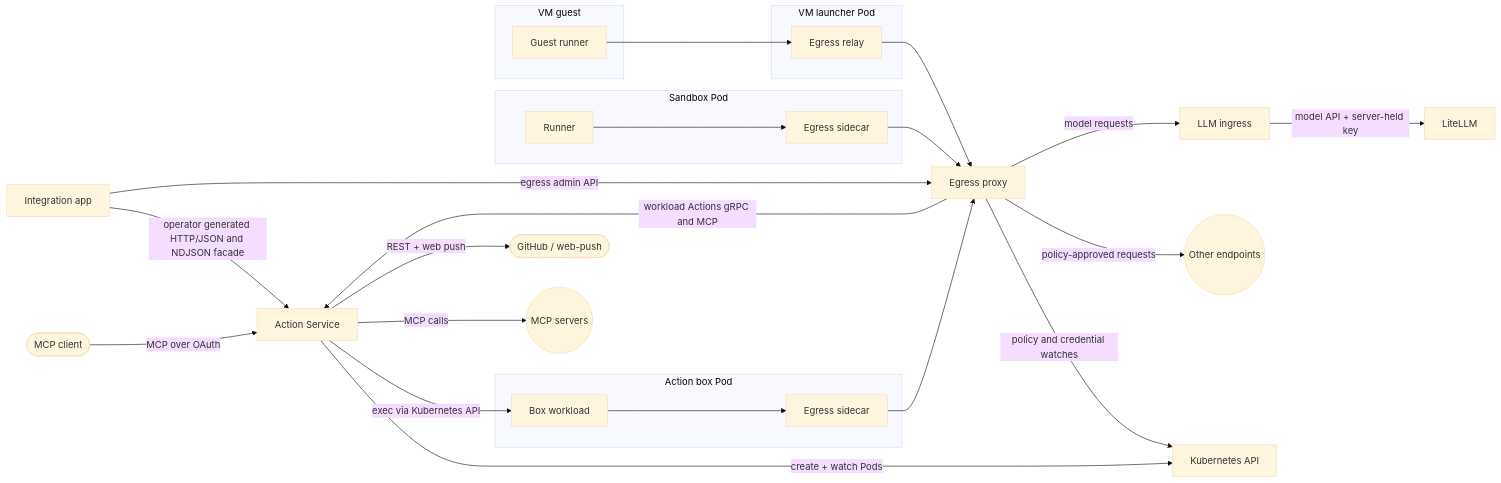
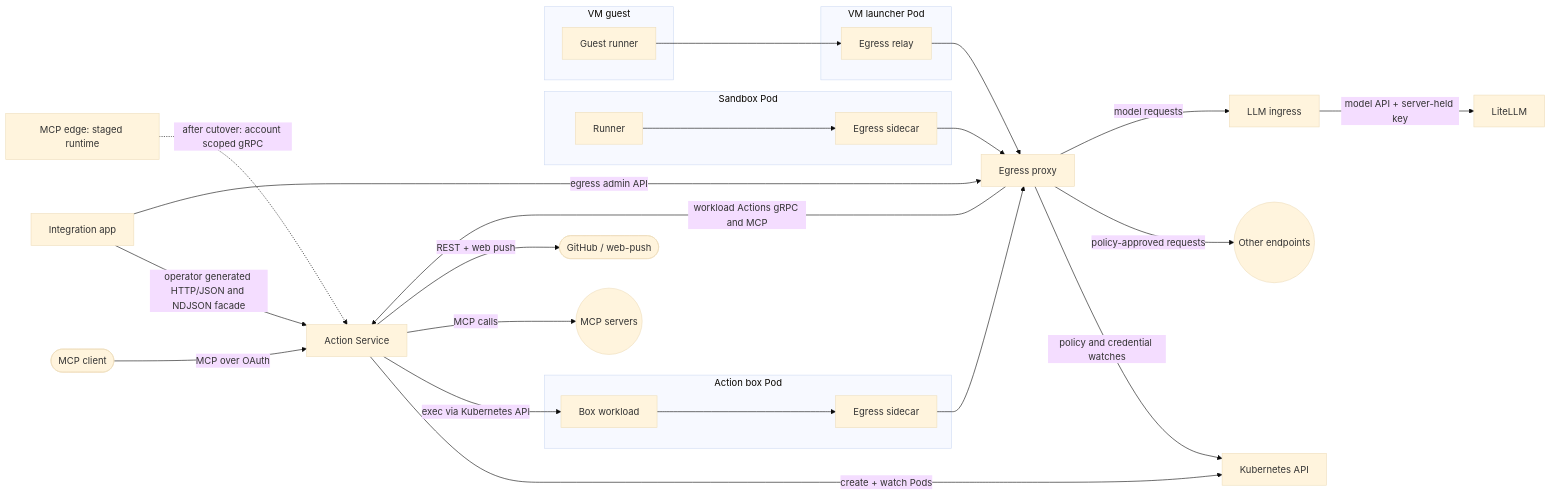
One commit to agentydragon/ducktape changed the fifth of 5 diagrams in agentplane/docs/system_overview.md. Above: the diagram before and after it, drawn with Mermaid (base theme). The commit also changed other lines of this file and 20 other files, not shown here.

Commit message:
feat(agentplane): stage standalone MCP edge runtime

````diff
--- a/agentplane/docs/system_overview.md
+++ b/agentplane/docs/system_overview.md
@@ -126,43 +126,45 @@
 ```mermaid
 flowchart LR
     mcp_client([MCP client])
     github([GitHub / web-push])
     app[Integration app]
     actions[Action Service]
+    edge[MCP edge: staged runtime]
     k8s[Kubernetes API]
     subgraph box[Action box Pod]
         workload[Box workload]
         box_sidecar[Egress sidecar]
     end
     subgraph sandbox[Sandbox Pod]
         runner[Runner]
         sidecar[Egress sidecar]
     end
     subgraph vm_guest[VM guest]
         guest[Guest runner]
     end
     subgraph vm_pod[VM launcher Pod]
         relay[Egress relay]
     end
     egress[Egress proxy]
     llm[LLM ingress]
     litellm[LiteLLM]
     other((Other endpoints))
     mcp_servers((MCP servers))
 
     mcp_client -->|MCP over OAuth| actions
     app -->|operator generated HTTP/JSON and NDJSON facade| actions
+    edge -.->|after cutover: account scoped gRPC| actions
     actions -->|create + watch Pods| k8s
     actions -->|exec via Kubernetes API| workload
     workload --> box_sidecar --> egress
     runner --> sidecar --> egress
     guest --> relay --> egress
     app -->|egress admin API| egress
     egress -->|policy and credential watches| k8s
     egress -->|workload Actions gRPC and MCP| actions
     egress -->|policy-approved requests| other
     egress -->|model requests| llm
     llm -->|model API + server-held key| litellm
     actions -->|MCP calls| mcp_servers
     actions -->|REST + web push| github
 ```
````
